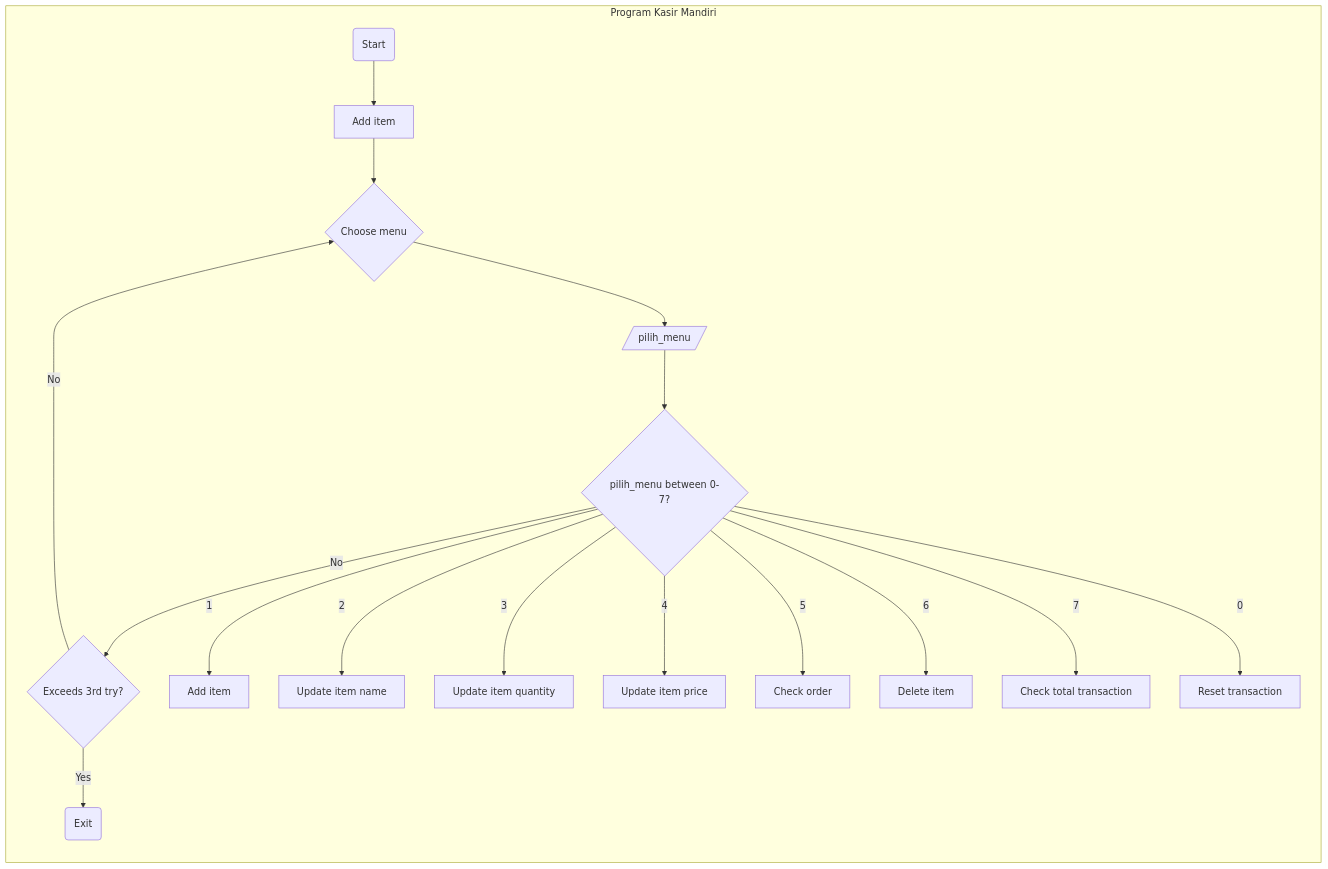
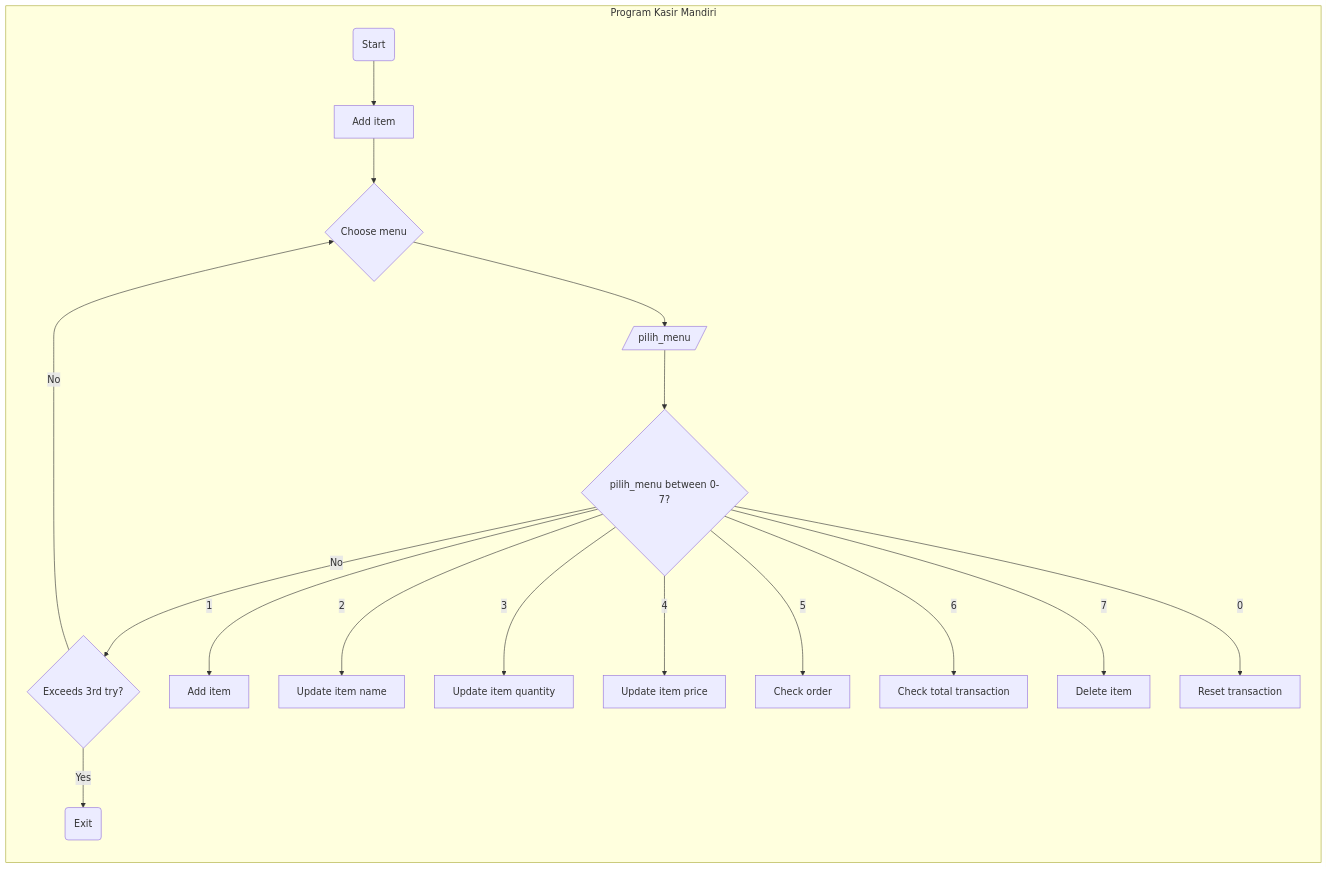
Before and after one commit to azukacchi/kasir-mandiri: the first of 12 diagrams in README.md, drawn with Mermaid.

````diff
--- a/README.md
+++ b/README.md
@@ -40,21 +40,21 @@
 ```mermaid
 graph LR
 subgraph Program Kasir Mandiri
     A(Start) --> B[Add item]
     B --> C{Choose menu}
     C --> C1[/pilih_menu/]
     C1 --> C2{pilih_menu between 0-7?}
     
     C2 -->|No| C3{Exceeds 3rd try?}
     C3 -->|No| C
     C3 -->|Yes| C4(Exit)
     C2 -->|1| D[Add item] 
     C2 -->|2| E[Update item name]
     C2 -->|3| F[Update item quantity]
     C2 -->|4| G[Update item price]
     C2 -->|5| H[Check order]
-    C2 -->|6| I[Delete item]
-    C2 -->|7| J[Check total transaction]
+    C2 -->|6| I[Check total transaction]
+    C2 -->|7| J[Delete item]
     C2 -->|0| K[Reset transaction]
 end
 ```
````
